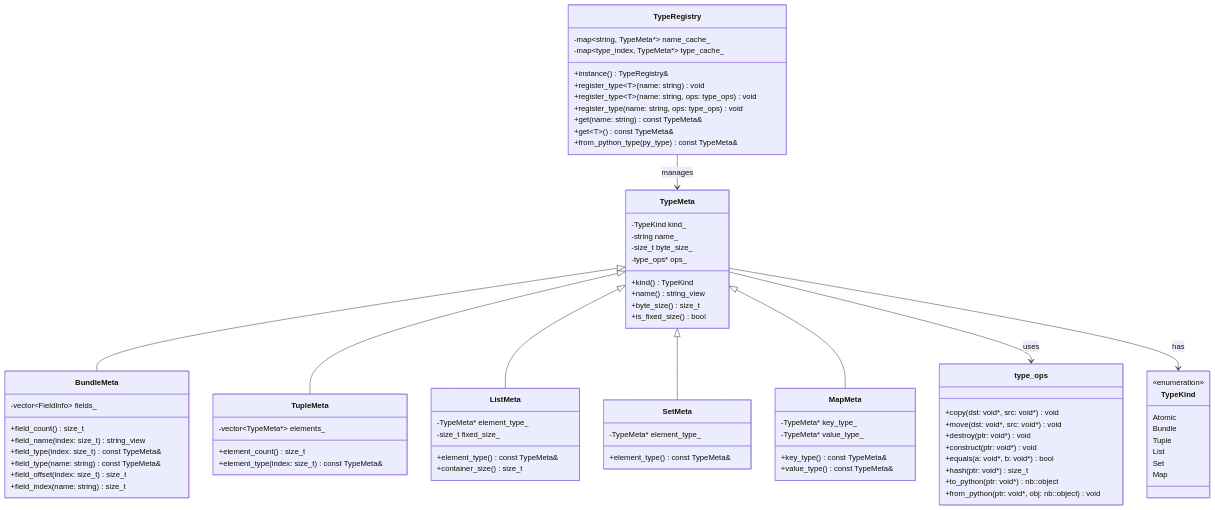
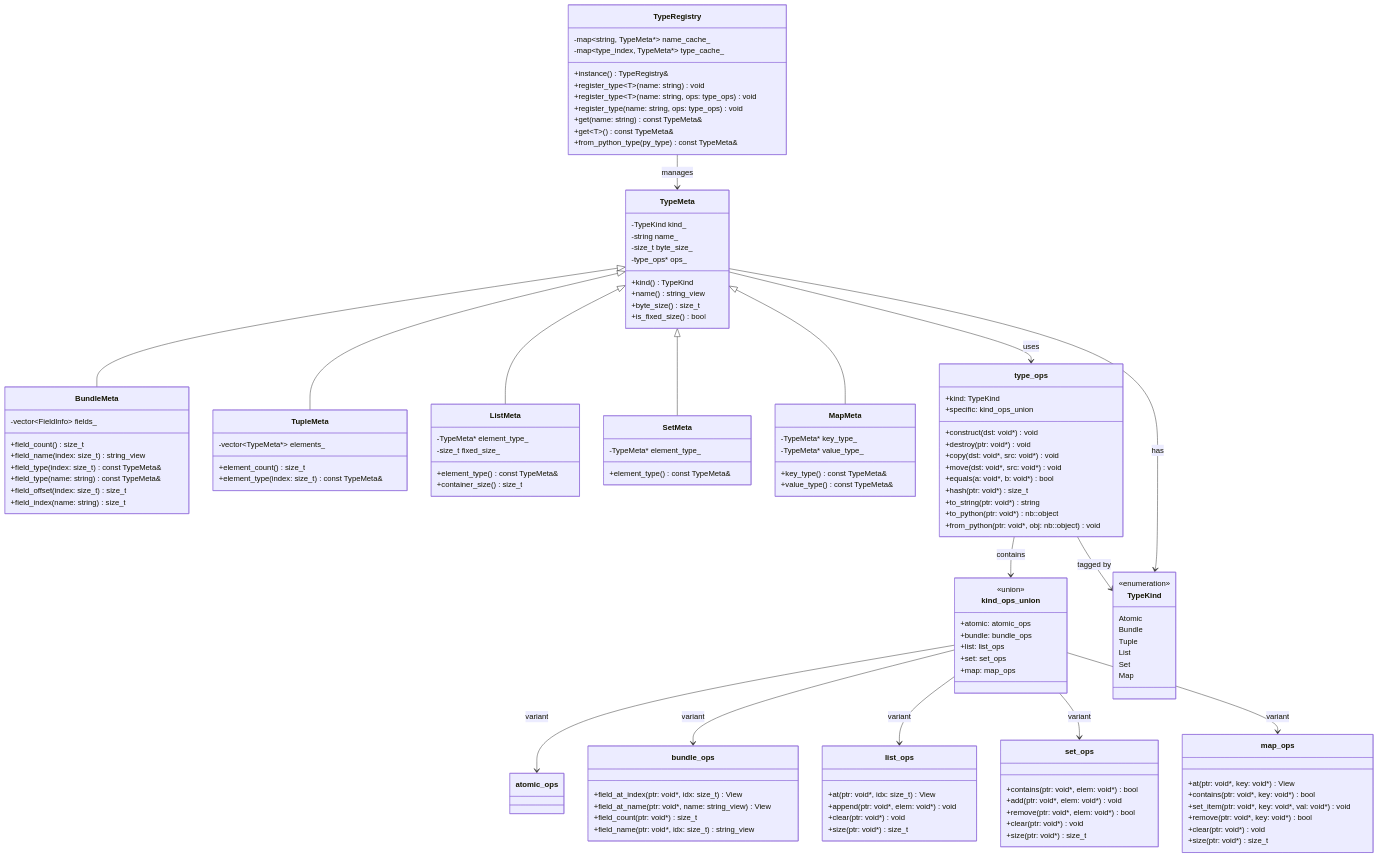
Before and after one commit to hhenson/hgraph: the first of 5 diagrams in ts_value_v2601/user_guide/01_SCHEMA.md, drawn with Mermaid. The commit also changed other lines of this file and 4 other files, not shown here.

````diff
--- a/ts_value_v2601/user_guide/01_SCHEMA.md
+++ b/ts_value_v2601/user_guide/01_SCHEMA.md
@@ -777,14 +1149,60 @@
     }
 
     class type_ops {
+        +construct(dst: void*) void
+        +destroy(ptr: void*) void
         +copy(dst: void*, src: void*) void
         +move(dst: void*, src: void*) void
-        +destroy(ptr: void*) void
-        +construct(ptr: void*) void
         +equals(a: void*, b: void*) bool
         +hash(ptr: void*) size_t
+        +to_string(ptr: void*) string
         +to_python(ptr: void*) nb::object
         +from_python(ptr: void*, obj: nb::object) void
+        +kind: TypeKind
+        +specific: kind_ops_union
+    }
+
+    class kind_ops_union {
+        <<union>>
+        +atomic: atomic_ops
+        +bundle: bundle_ops
+        +list: list_ops
+        +set: set_ops
+        +map: map_ops
+    }
+
+    class atomic_ops {
+    }
+
+    class bundle_ops {
+        +field_at_index(ptr: void*, idx: size_t) View
+        +field_at_name(ptr: void*, name: string_view) View
+        +field_count(ptr: void*) size_t
+        +field_name(ptr: void*, idx: size_t) string_view
+    }
+
+    class list_ops {
+        +at(ptr: void*, idx: size_t) View
+        +append(ptr: void*, elem: void*) void
+        +clear(ptr: void*) void
+        +size(ptr: void*) size_t
+    }
+
+    class set_ops {
+        +contains(ptr: void*, elem: void*) bool
+        +add(ptr: void*, elem: void*) void
+        +remove(ptr: void*, elem: void*) bool
+        +clear(ptr: void*) void
+        +size(ptr: void*) size_t
+    }
+
+    class map_ops {
+        +at(ptr: void*, key: void*) View
+        +contains(ptr: void*, key: void*) bool
+        +set_item(ptr: void*, key: void*, val: void*) void
+        +remove(ptr: void*, key: void*) bool
+        +clear(ptr: void*) void
+        +size(ptr: void*) size_t
     }
 
     class TypeKind {
@@ -805,4 +1223,11 @@
     TypeRegistry --> TypeMeta : manages
     TypeMeta --> type_ops : uses
     TypeMeta --> TypeKind : has
+    type_ops --> kind_ops_union : contains
+    type_ops --> TypeKind : tagged by
+    kind_ops_union --> atomic_ops : variant
+    kind_ops_union --> bundle_ops : variant
+    kind_ops_union --> list_ops : variant
+    kind_ops_union --> set_ops : variant
+    kind_ops_union --> map_ops : variant
 ```
````
